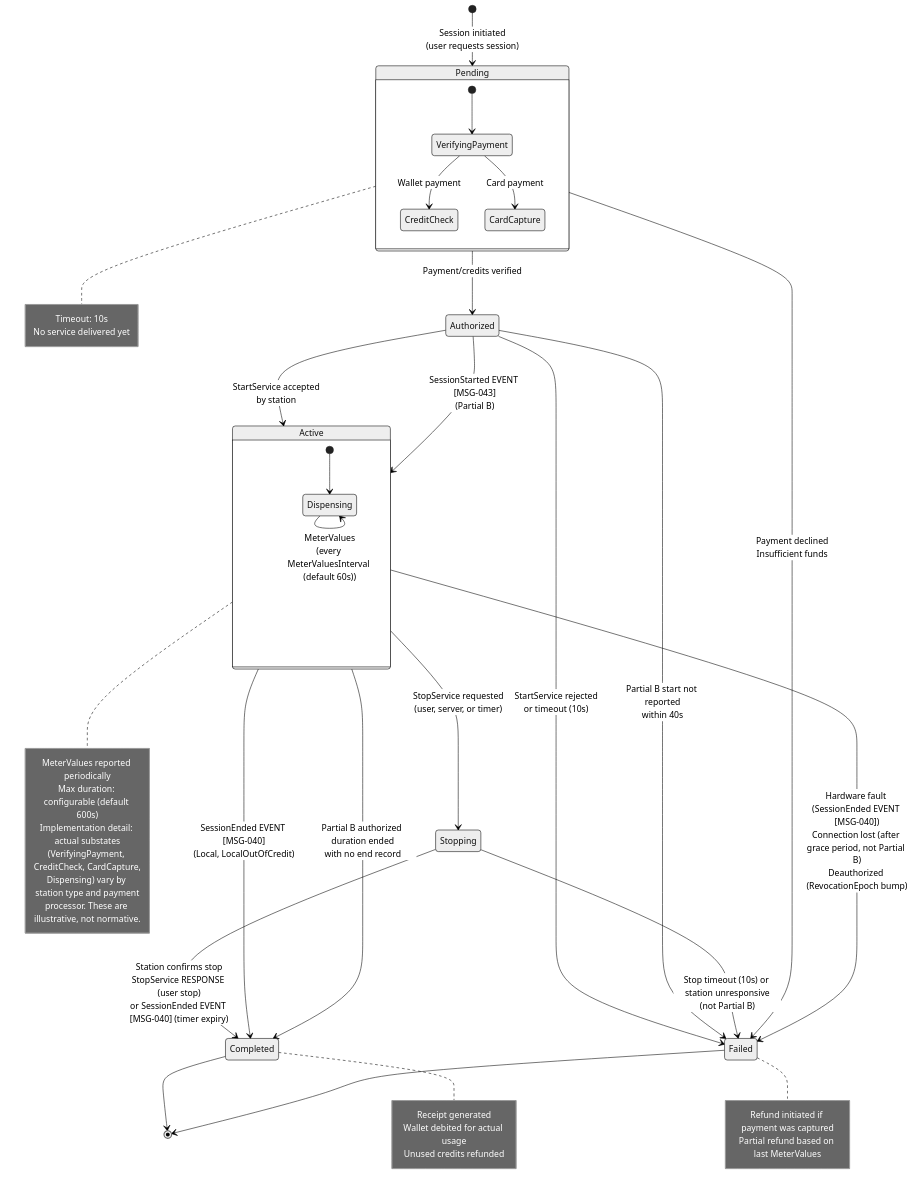
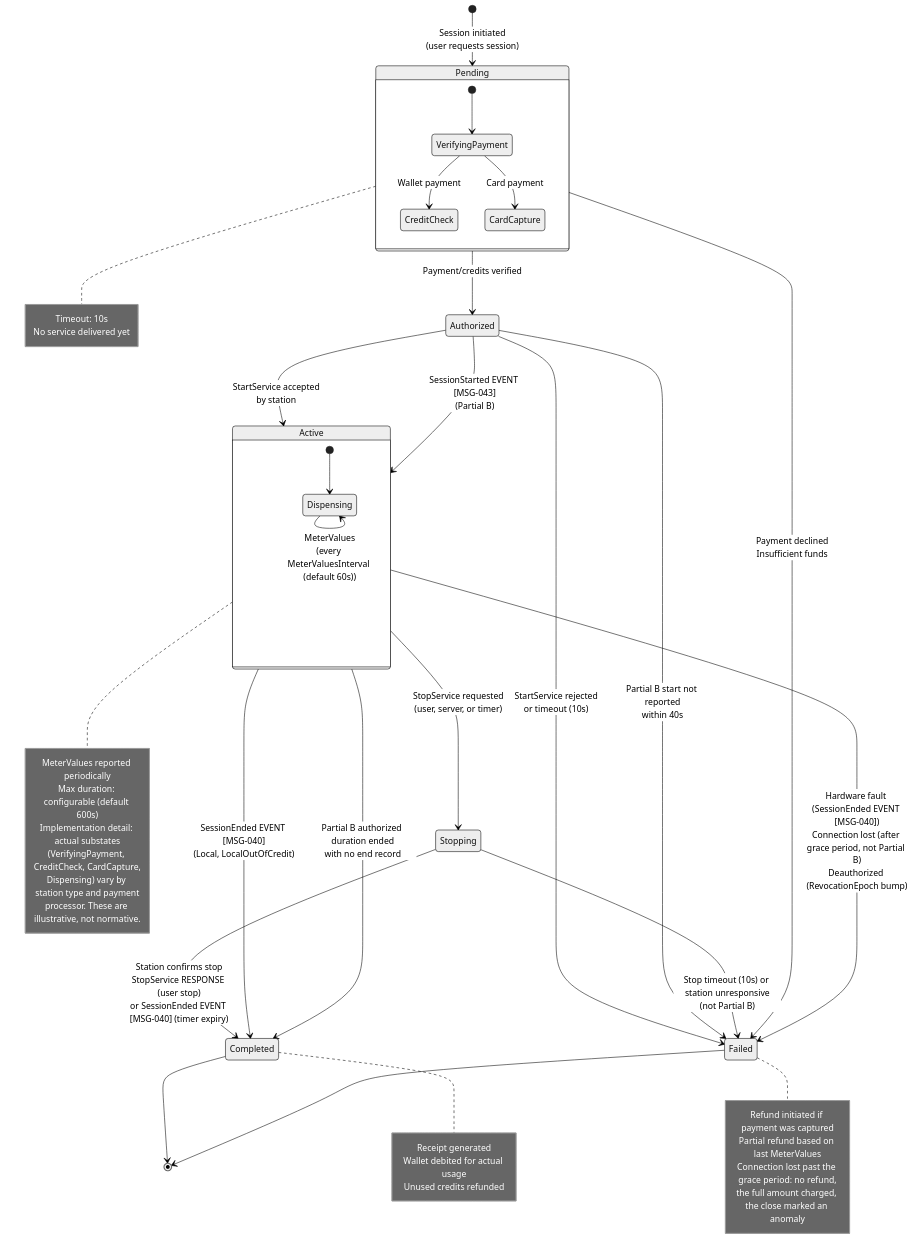
One commit to ospp-org/spec changed the diagram in diagrams/state-machine-session.mmd. Above: the diagram before and after it, drawn with Mermaid (neutral theme). The commit also changed 6 other files, not shown here.

First line of the commit message:
spec, schemas, examples, diagrams, KNOWN-ISSUES: the review of the two online corrections - six should-fix findings and three nits

```diff
--- a/diagrams/state-machine-session.mmd
+++ b/diagrams/state-machine-session.mmd
@@ -1,60 +1,62 @@
 %% OSPP Session Lifecycle State Machine
 %% Reference: spec/05-state-machines.md, Section 3
 
 stateDiagram-v2
     [*] --> Pending : Session initiated<br/>(user requests session)
 
     Pending --> Authorized : Payment/credits verified
     Pending --> Failed : Payment declined<br/>Insufficient funds
 
     Authorized --> Active : StartService accepted<br/>by station
     Authorized --> Active : SessionStarted EVENT [MSG-043]<br/>(Partial B)
     Authorized --> Failed : StartService rejected<br/>or timeout (10s)
     Authorized --> Failed : Partial B start not reported<br/>within 40s
 
     Active --> Stopping : StopService requested<br/>(user, server, or timer)
     Active --> Completed : SessionEnded EVENT [MSG-040]<br/>(Local, LocalOutOfCredit)
     Active --> Failed : Hardware fault (SessionEnded EVENT [MSG-040])<br/>Connection lost (after grace period, not Partial B)<br/>Deauthorized (RevocationEpoch bump)
     Active --> Completed : Partial B authorized duration ended<br/>with no end record
 
     Stopping --> Completed : Station confirms stop<br/>StopService RESPONSE (user stop)<br/>or SessionEnded EVENT [MSG-040] (timer expiry)
     Stopping --> Failed : Stop timeout (10s) or station unresponsive<br/>(not Partial B)
 
     Completed --> [*]
     Failed --> [*]
 
     state Pending {
         [*] --> VerifyingPayment
         VerifyingPayment --> CreditCheck : Wallet payment
         VerifyingPayment --> CardCapture : Card payment
     }
 
     state Active {
         [*] --> Dispensing
         Dispensing --> Dispensing : MeterValues<br/>(every MeterValuesInterval (default 60s))
     }
 
     note right of Pending
         Timeout: 10s
         No service delivered yet
     end note
 
     note right of Active
         MeterValues reported periodically
         Max duration: configurable (default 600s)
         Implementation detail: actual substates
         (VerifyingPayment, CreditCheck, CardCapture,
         Dispensing) vary by station type and payment
         processor. These are illustrative, not normative.
     end note
 
     note right of Completed
         Receipt generated
         Wallet debited for actual usage
         Unused credits refunded
     end note
 
     note right of Failed
         Refund initiated if payment was captured
         Partial refund based on last MeterValues
+        Connection lost past the grace period: no refund,
+        the full amount charged, the close marked an anomaly
     end note
```
